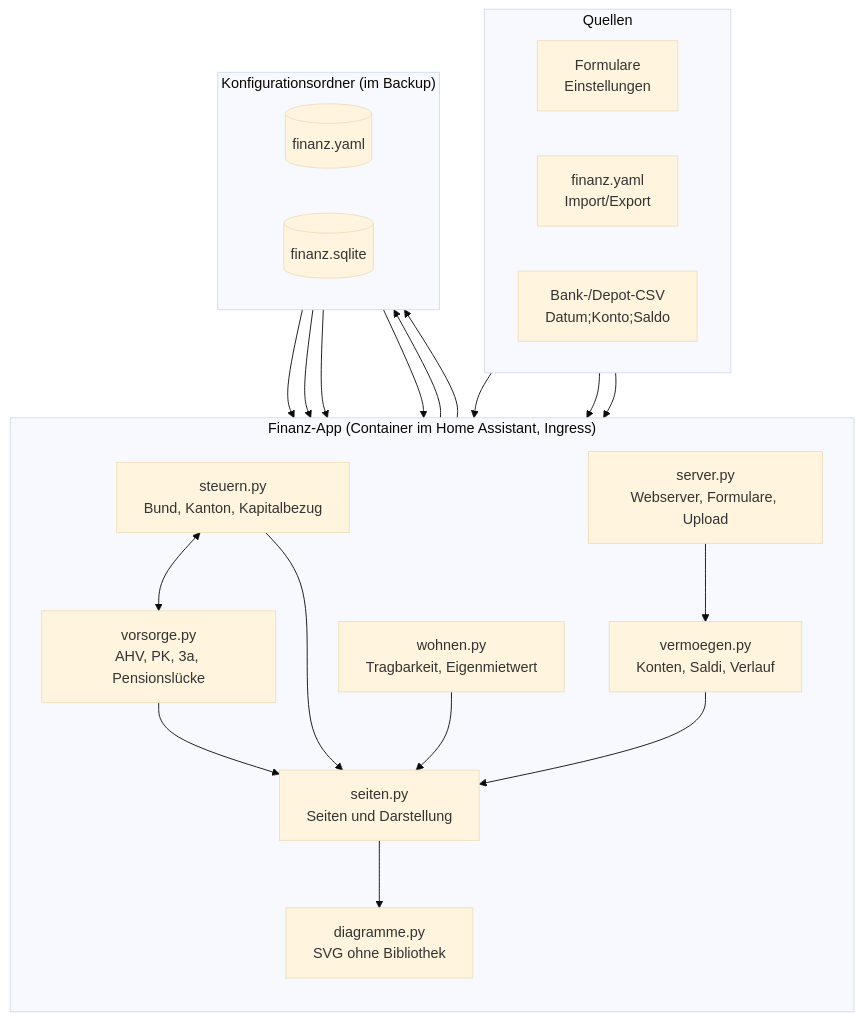
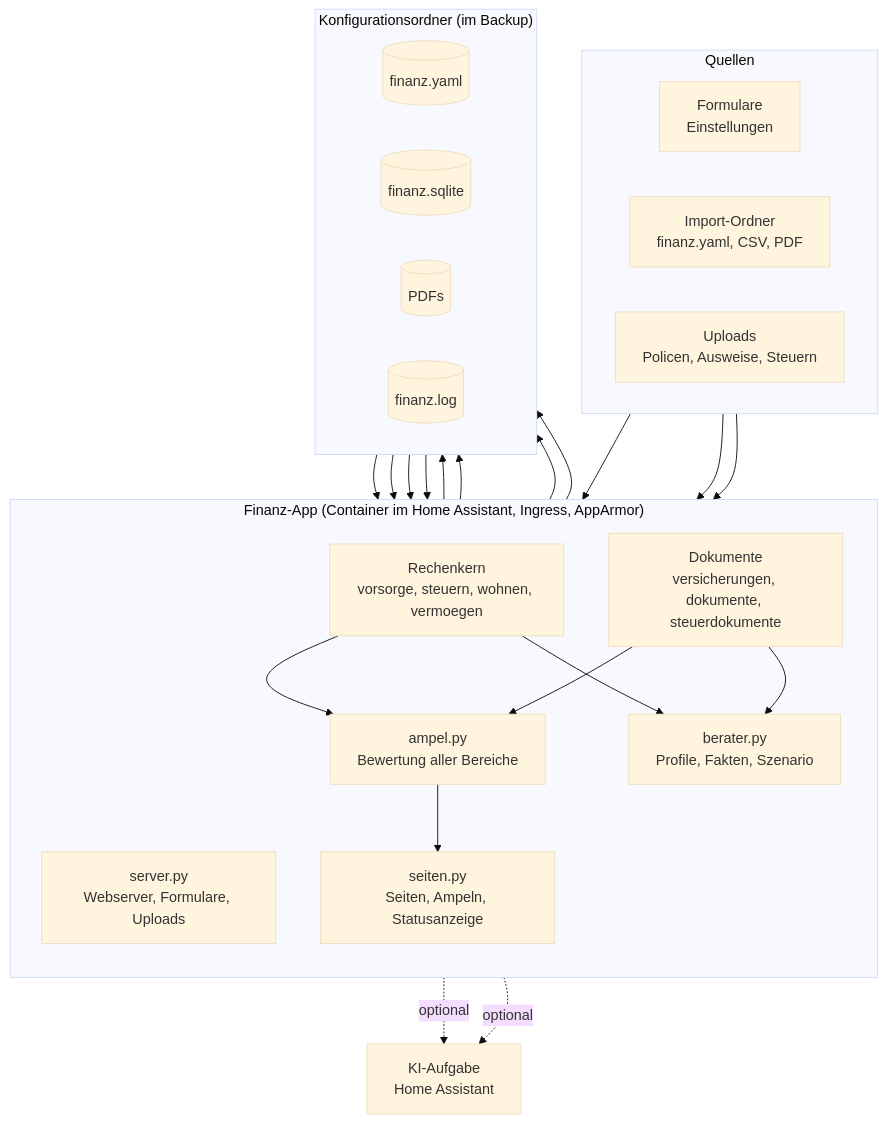
One commit to khu1985/finanz-ha changed the diagram in README.md. Above: the diagram before and after it, drawn with Mermaid (base theme). The commit also changed other lines of this file and 1 other file, not shown here.

Commit message:
Doku: README aktualisiert, Branch tests für Vorabversionen, Tests auf main und tests

````diff
--- a/README.md
+++ b/README.md
@@ -25,30 +45,32 @@
 ```mermaid
 flowchart TB
     subgraph Quellen
         direction LR
         F["Formulare<br/>Einstellungen"]
-        Y["finanz.yaml<br/>Import/Export"]
-        C["Bank-/Depot-CSV<br/>Datum;Konto;Saldo"]
+        I["Import-Ordner<br/>finanz.yaml, CSV, PDF"]
+        U["Uploads<br/>Policen, Ausweise, Steuern"]
     end
-    subgraph App["Finanz-App (Container im Home Assistant, Ingress)"]
+    subgraph App["Finanz-App (Container im Home Assistant, Ingress, AppArmor)"]
         direction TB
-        S["server.py<br/>Webserver, Formulare, Upload"]
-        SE["seiten.py<br/>Seiten und Darstellung"]
-        V["vorsorge.py<br/>AHV, PK, 3a, Pensionslücke"]
-        ST["steuern.py<br/>Bund, Kanton, Kapitalbezug"]
-        W["wohnen.py<br/>Tragbarkeit, Eigenmietwert"]
-        VM["vermoegen.py<br/>Konten, Saldi, Verlauf"]
-        D["diagramme.py<br/>SVG ohne Bibliothek"]
+        S["server.py<br/>Webserver, Formulare, Uploads"]
+        SE["seiten.py<br/>Seiten, Ampeln, Statusanzeige"]
+        K["Rechenkern<br/>vorsorge, steuern, wohnen, vermoegen"]
+        D["Dokumente<br/>versicherungen, dokumente, steuerdokumente"]
+        B["berater.py<br/>Profile, Fakten, Szenario"]
+        A["ampel.py<br/>Bewertung aller Bereiche"]
     end
     subgraph Daten["Konfigurationsordner (im Backup)"]
         direction LR
-        K[("finanz.yaml")]
+        Y[("finanz.yaml")]
         DB[("finanz.sqlite")]
+        P[("PDFs")]
+        L[("finanz.log")]
     end
-    F & Y --> S --> K
-    C --> S --> VM --> DB
-    K --> V & ST & W
-    DB --> VM
-    V & ST & W & VM --> SE --> D
-    ST <--> V
+    KI["KI-Aufgabe<br/>Home Assistant"]
+    F & I & U --> S
+    S --> Y & DB & P
+    Y & DB --> K & D --> A --> SE
+    K & D --> B
+    B & D -. optional .-> KI
+    S --> L
 ```
````
